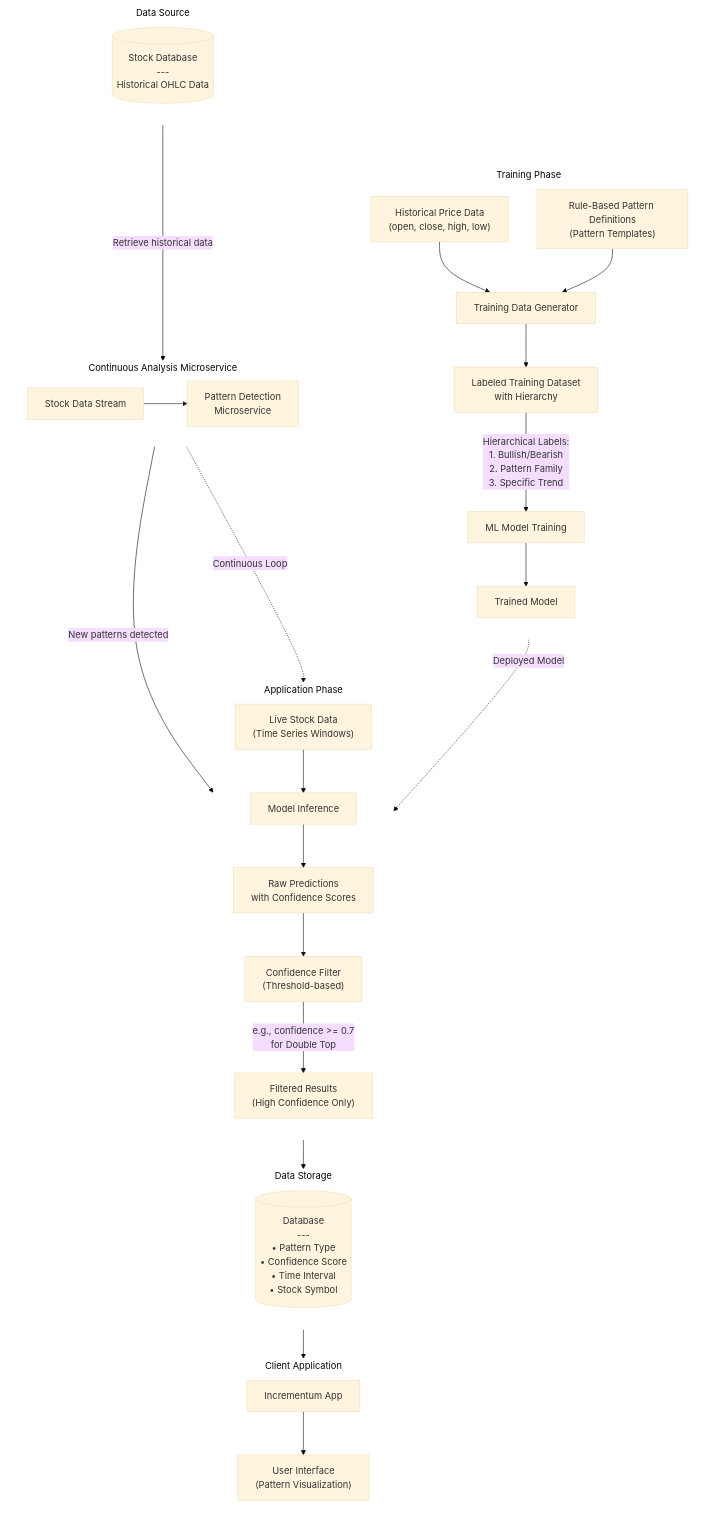
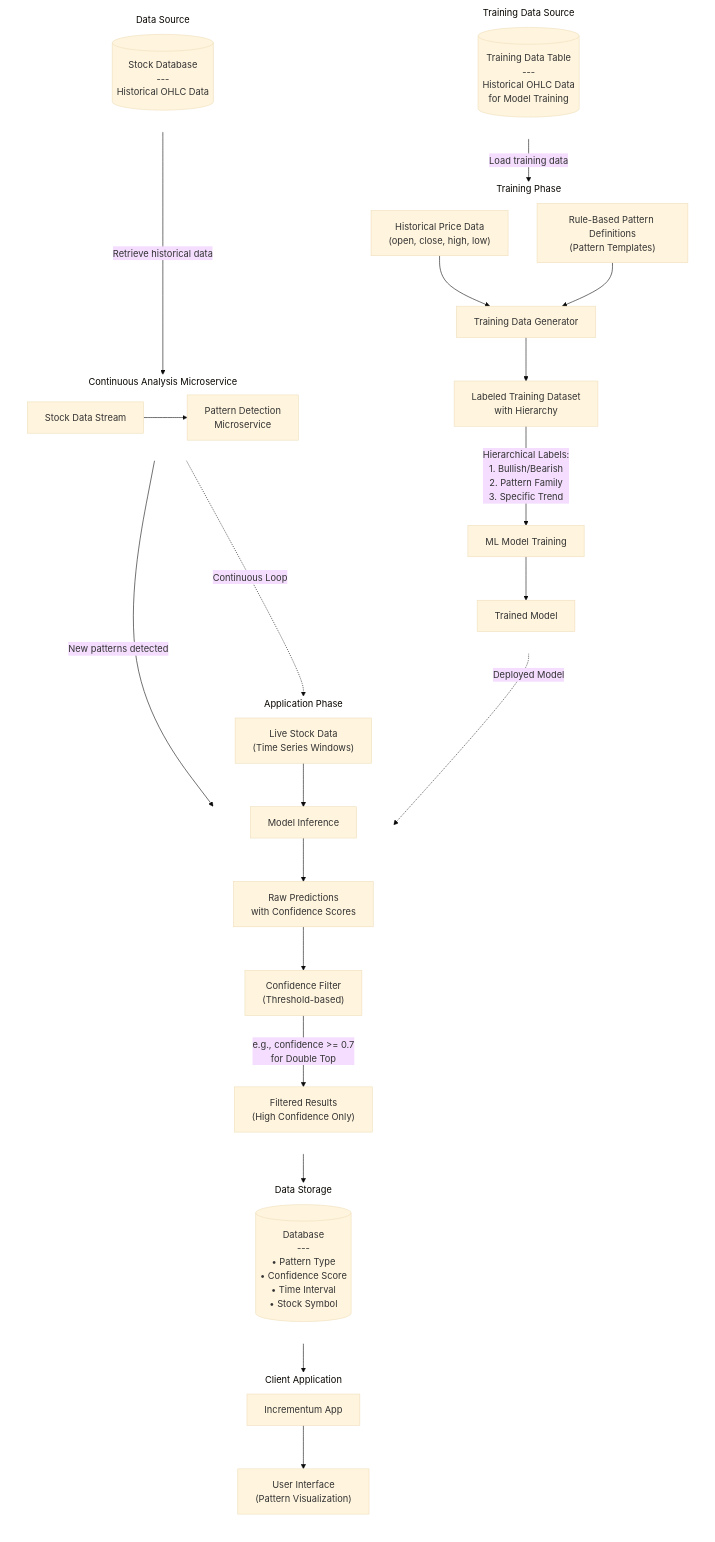
Before and after one commit to ChristopherTYoung/Stock-Data-Fetcher: the diagram in diagrams/trend-analysis-micrsoservice.md, drawn with Mermaid (base theme).

Commit message:
added training data to diagram

````diff
--- a/diagrams/trend-analysis-micrsoservice.md
+++ b/diagrams/trend-analysis-micrsoservice.md
@@ -5,74 +5,82 @@
 ```mermaid
 flowchart TB
+    subgraph TrainingData["Training Data Source"]
+        direction TB
+        TrainingDB[("Training Data Table<br/>---<br/>Historical OHLC Data<br/>for Model Training")]
+    end
+    
     subgraph Training["Training Phase"]
         direction TB
         HistData["Historical Price Data<br/>(open, close, high, low)"]
         RuleDef["Rule-Based Pattern Definitions<br/>(Pattern Templates)"]
         DataGen["Training Data Generator"]
         TrainData["Labeled Training Dataset<br/>with Hierarchy"]
         Model["ML Model Training"]
         TrainedModel["Trained Model"]
         
         HistData --> DataGen
         RuleDef --> DataGen
         DataGen --> TrainData
         
         TrainData --> |"Hierarchical Labels:<br/>1. Bullish/Bearish<br/>2. Pattern Family<br/>3. Specific Trend"| Model
         Model --> TrainedModel
     end
+    
+    TrainingDB --> |"Load training data"| HistData
     
     subgraph Application["Application Phase"]
         direction TB
         LiveData["Live Stock Data<br/>(Time Series Windows)"]
         Inference["Model Inference"]
         RawResults["Raw Predictions<br/>with Confidence Scores"]
         Filter["Confidence Filter<br/>(Threshold-based)"]
         FilteredResults["Filtered Results<br/>(High Confidence Only)"]
         
         LiveData --> Inference
         TrainedModel -.->|"Deployed Model"| Inference
         Inference --> RawResults
         RawResults --> Filter
         Filter --> |"e.g., confidence >= 0.7<br/>for Double Top"| FilteredResults
     end
     
     subgraph DataSource["Data Source"]
         direction TB
         StockDB[("Stock Database<br/>---<br/>Historical OHLC Data")]
     end
     
     subgraph Storage["Data Storage"]
         direction TB
         DB[("Database<br/>---<br/>• Pattern Type<br/>• Confidence Score<br/>• Time Interval<br/>• Stock Symbol")]
         FilteredResults --> DB
     end
     
     subgraph Client["Client Application"]
         direction TB
         IncApp["Incrementum App"]
         UserUI["User Interface<br/>(Pattern Visualization)"]
         
         DB --> IncApp
         IncApp --> UserUI
     end
     
     subgraph ContinuousAnalysis["Continuous Analysis Microservice"]
         direction LR
         Scheduler["Pattern Detection<br/>Microservice"]
         StockStream["Stock Data Stream"]
         
         StockStream --> Scheduler
         Scheduler --> |"New patterns detected"| LiveData
     end
     
     StockDB --> |"Retrieve historical data"| ContinuousAnalysis
     
     ContinuousAnalysis -.->|"Continuous Loop"| Application
     
+    style TrainingData fill:none,stroke:#fff
     style Training fill:none,stroke:#fff
     style Application fill:none,stroke:#fff
     style DataSource fill:none,stroke:#fff
     style Storage fill:none,stroke:#fff
     style Client fill:none,stroke:#fff
     style ContinuousAnalysis fill:none,stroke:#fff
 ```
````
